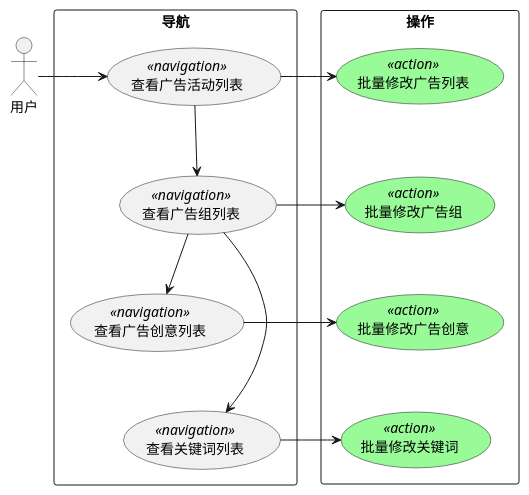
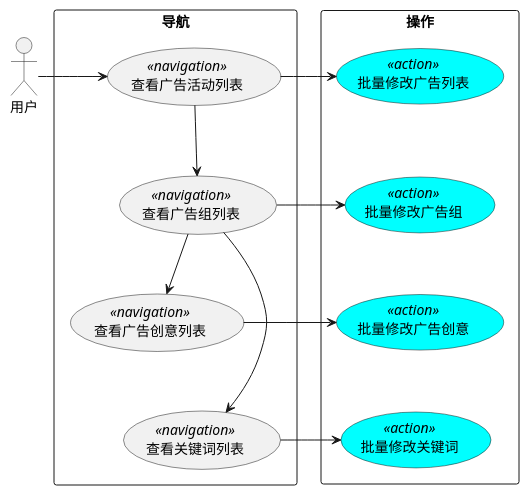
Before and after one commit to wewei/blog: the diagram in source/_posts/关于交互设计一些思考·上.md, drawn with PlantUML.

Commit message:
Change the skinparam to something supported by the online service

````diff
--- a/source/_posts/关于交互设计一些思考·上.md
+++ b/source/_posts/关于交互设计一些思考·上.md
@@ -50,44 +50,44 @@
 ```plantuml
 @startuml
 
 skinparam usecase {
-  BackgroundColor<<action>> PaleGreen
+  BackgroundColor<<action>> Cyan
 }
 
 left to right direction
 
 actor "用户" as User
 
 rectangle 导航 {
   top to bottom direction
   usecase "查看广告活动列表" <<navigation>> as UC1
   usecase "查看广告组列表" <<navigation>> as UC2
   usecase "查看广告创意列表" <<navigation>> as UC3
   usecase "查看关键词列表" <<navigation>> as UC4
 
   UC1 -d-> UC2
   UC2 -d-> UC3
   UC3 -[hidden]-> UC4
   UC2 --> UC4
 }
 
 :User: -> UC1
 
 rectangle 操作 {
   top to bottom direction
   usecase "批量修改广告列表" <<action>> as UC5
   usecase "批量修改广告组" <<action>> as UC6
   usecase "批量修改广告创意" <<action>> as UC7
   usecase "批量修改关键词" <<action>> as UC8
   UC5 -[hidden]-> UC6
   UC6 -[hidden]-> UC7
   UC7 -[hidden]-> UC8
 }
 
 UC1 -r-> UC5
 UC2 -r-> UC6
 UC3 -r-> UC7
 UC4 -r-> UC8
 
 @enduml
 ```
````
